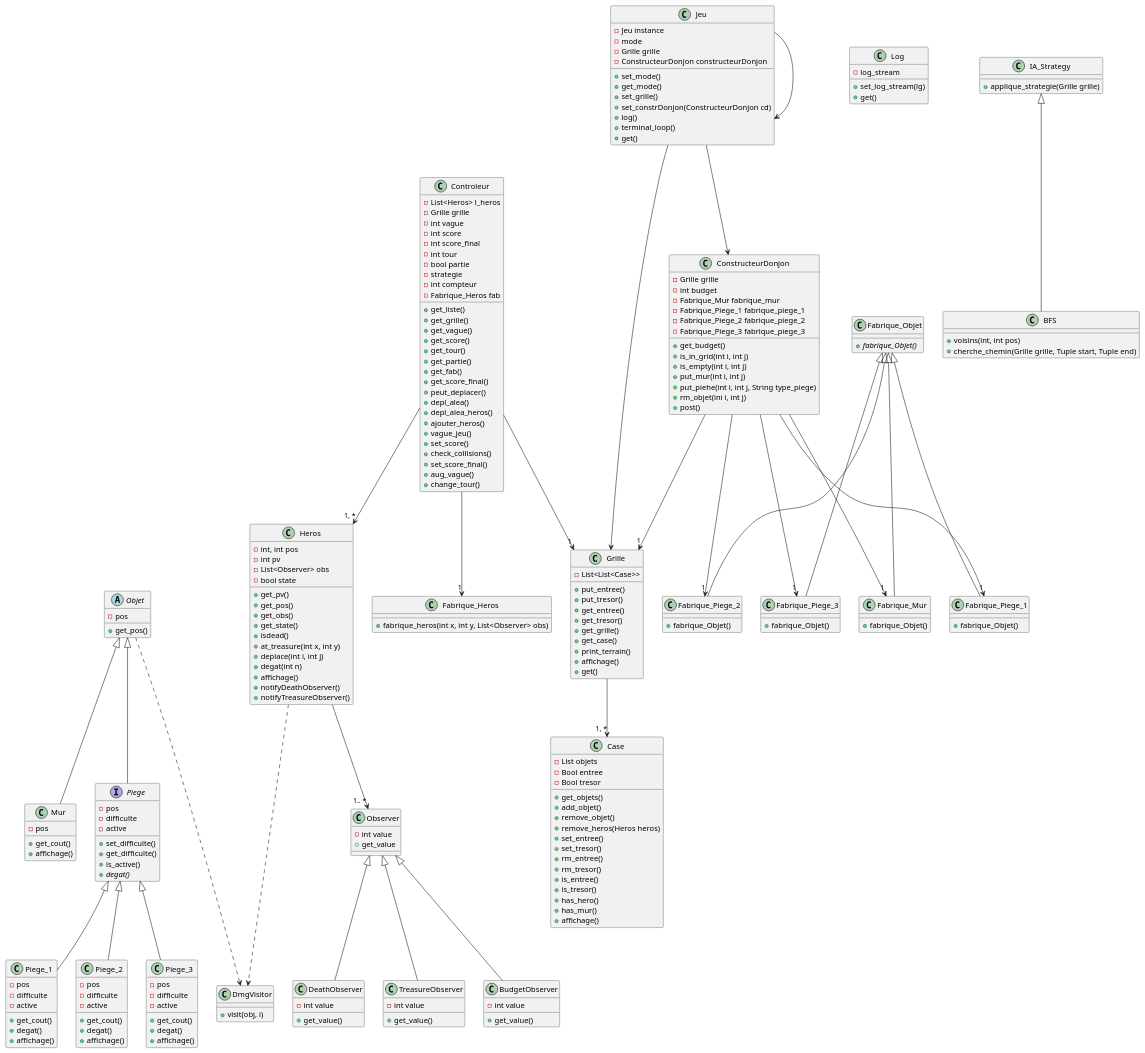
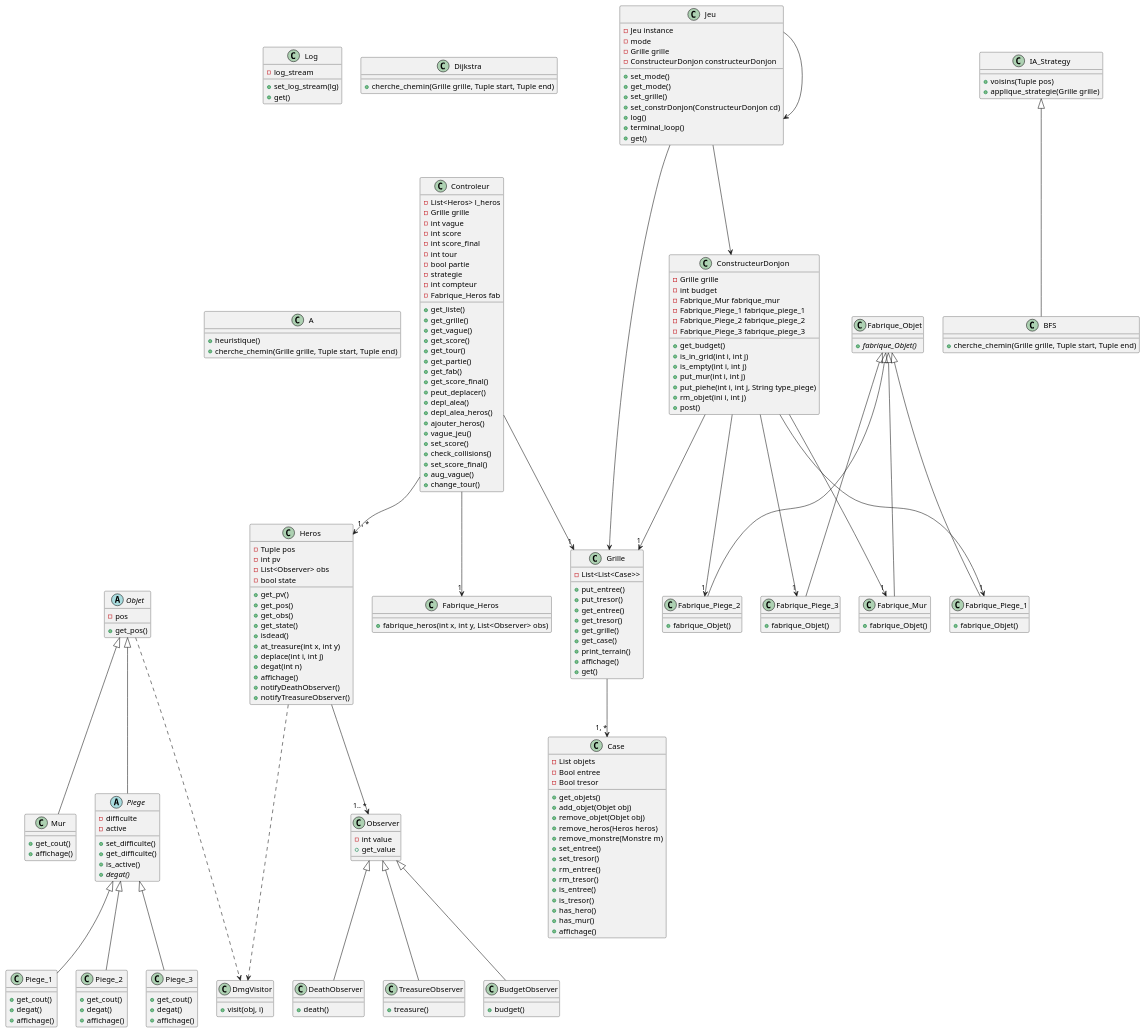
The diagram in codingweek.puml (daniapc/dungeon-master), drawn with PlantUML before and after one commit.

Commit message:
quelques modifs sur uml

```diff
--- a/codingweek.puml
+++ b/codingweek.puml
@@ -7,13 +7,11 @@
 }
 
 class Mur{
-- pos
 + get_cout()
-+affichage()
++ affichage()
 }
 
-interface Piege{
-- pos
+abstract Piege{
 - difficulte
 - active
 + set_difficulte()
@@ -23,30 +21,21 @@
 }
 
 class Piege_1{
-- pos
-- difficulte
-- active
 + get_cout()
 + degat()
-+affichage()
++ affichage()
 }
 
 class Piege_2{
-- pos
-- difficulte
-- active
 + get_cout()
 + degat()
-+affichage()
++ affichage()
 }
 
 class Piege_3{
-- pos
-- difficulte
-- active
 + get_cout()
 + degat()
-+affichage()
++ affichage()
 }
 
 class Case{
@@ -54,9 +43,10 @@
 - Bool entree
 - Bool tresor
 + get_objets()
-+ add_objet()
-+ remove_objet()
++ add_objet(Objet obj)
++ remove_objet(Objet obj)
 + remove_heros(Heros heros)
++ remove_monstre(Monstre m)
 + set_entree()
 + set_tresor()
 + rm_entree()
@@ -117,7 +107,7 @@
 }
 
 Class Heros{
-- int, int pos
+- Tuple pos
 - int pv
 - List<Observer> obs
 - bool state
@@ -126,7 +116,7 @@
 + get_obs()
 + get_state()
 + isdead()
-+at_treasure(int x, int y)
++ at_treasure(int x, int y)
 + deplace(int i, int j)
 + degat(int n)
 + affichage()
@@ -195,11 +185,20 @@
 }
 
 Class IA_Strategy{
++ voisins(Tuple pos)
 + applique_strategie(Grille grille)
 }
 
 Class BFS{
-+ voisins(int, int pos)
++ cherche_chemin(Grille grille, Tuple start, Tuple end)
+}
+
+Class Dijkstra{
++ cherche_chemin(Grille grille, Tuple start, Tuple end)
+}
+
+Class A{
++ heuristique()
 + cherche_chemin(Grille grille, Tuple start, Tuple end)
 }
 
@@ -209,18 +208,15 @@
 }
 
 Class DeathObserver{
-- int value
-+ get_value()
++ death()
 }
 
 Class TreasureObserver{
-- int value
-+ get_value()
++ treasure()
 }
 
 Class BudgetObserver{
-- int value
-+ get_value()
++ budget()
 }
 
 
```
